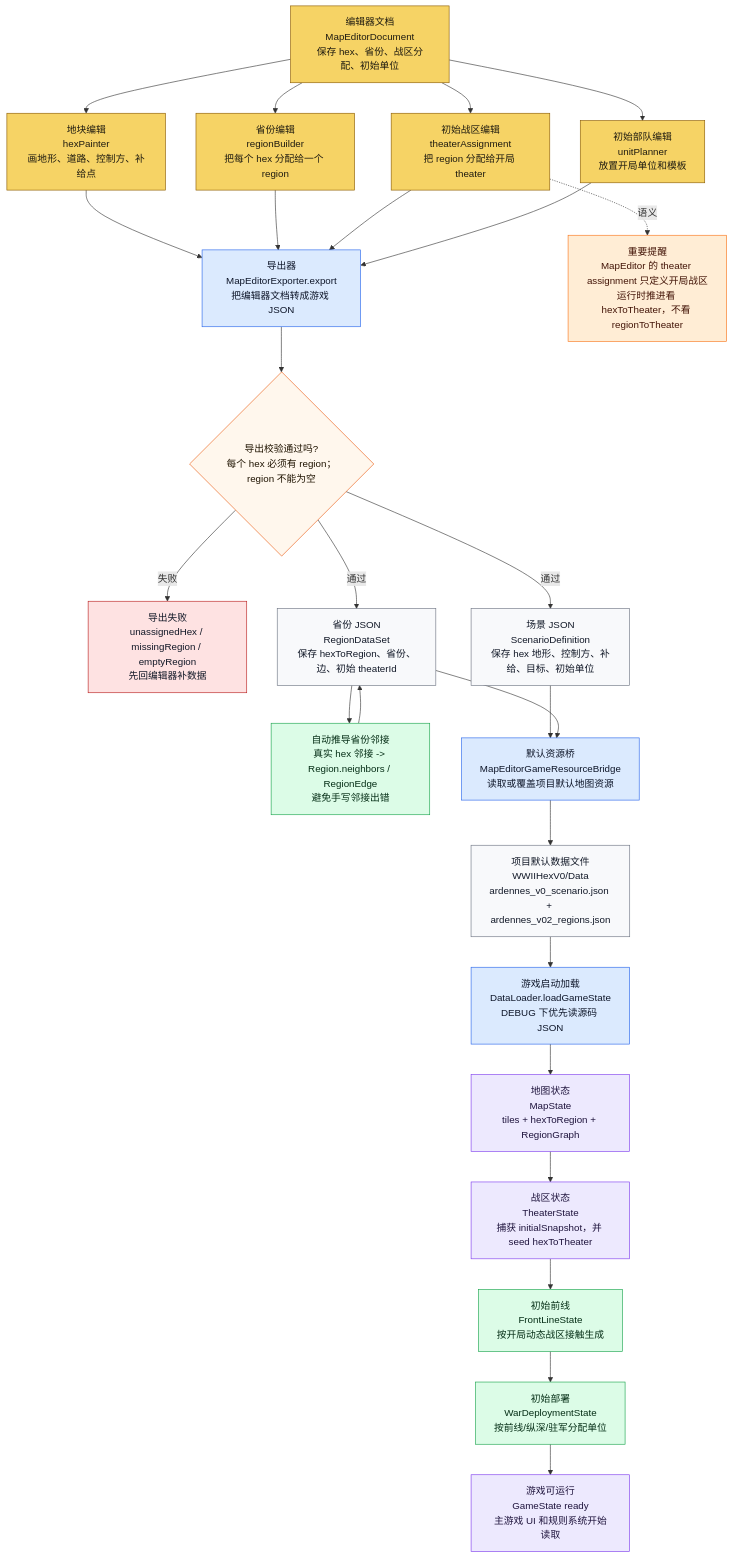
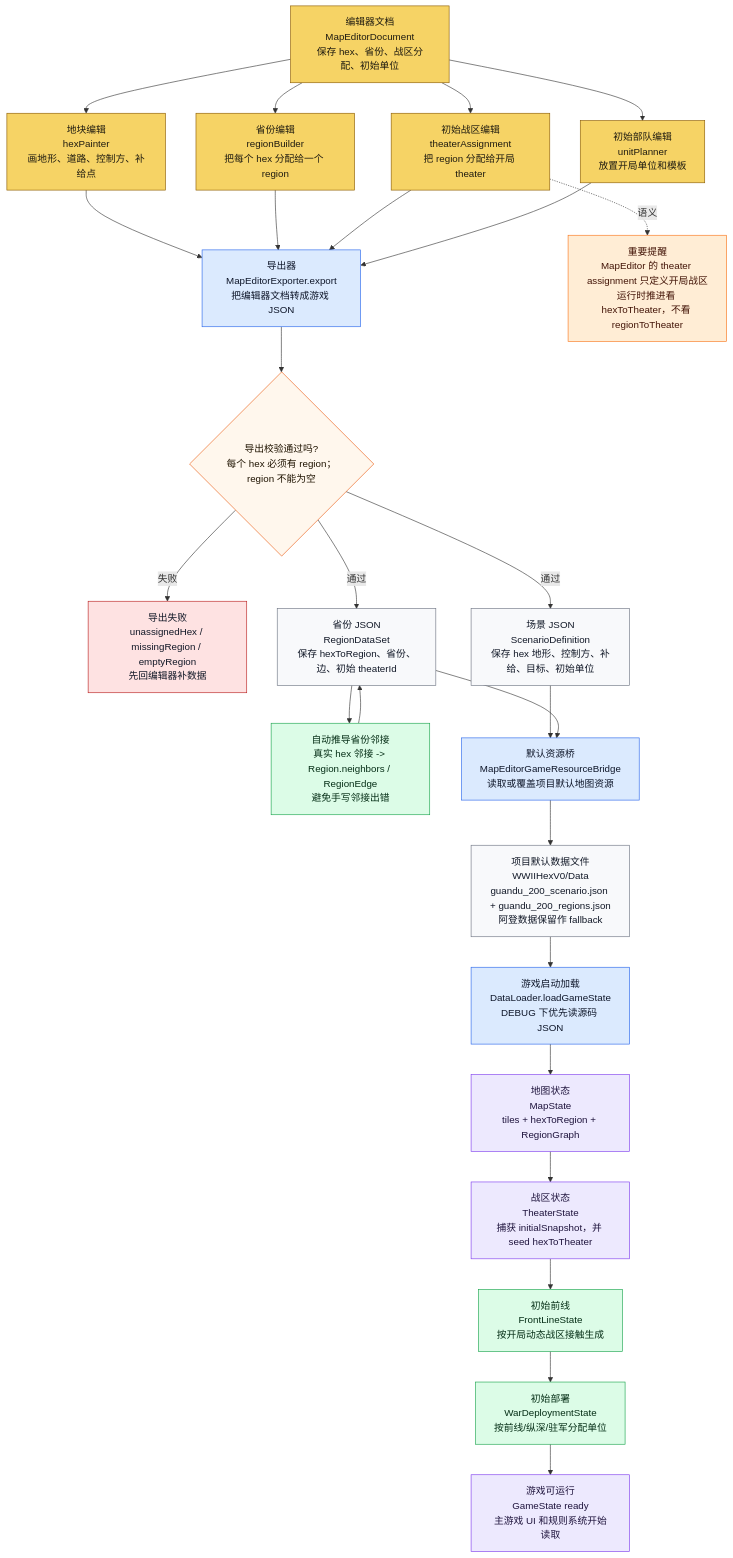
The fifth of 9 diagrams in md/flow/flowchart.md (Altman-sam114/121), drawn with Mermaid before and after one commit. The commit also changed other lines of this file and 11 other files, not shown here.

Commit message:
feat(data): add guandu preview scenario

````diff
--- a/md/flow/flowchart.md
+++ b/md/flow/flowchart.md
@@ -281,48 +282,48 @@
 ```mermaid
 flowchart TD
     DOC["编辑器文档<br/>MapEditorDocument<br/>保存 hex、省份、战区分配、初始单位"]:::editor
     MODE1["地块编辑<br/>hexPainter<br/>画地形、道路、控制方、补给点"]:::editor
     MODE2["省份编辑<br/>regionBuilder<br/>把每个 hex 分配给一个 region"]:::editor
     MODE3["初始战区编辑<br/>theaterAssignment<br/>把 region 分配给开局 theater"]:::editor
     MODE4["初始部队编辑<br/>unitPlanner<br/>放置开局单位和模板"]:::editor
     EXPORT["导出器<br/>MapEditorExporter.export<br/>把编辑器文档转成游戏 JSON"]:::loader
     CHECK{"导出校验通过吗?<br/>每个 hex 必须有 region；region 不能为空"}:::decision
     ERR["导出失败<br/>unassignedHex / missingRegion / emptyRegion<br/>先回编辑器补数据"]:::stop
     SCEN["场景 JSON<br/>ScenarioDefinition<br/>保存 hex 地形、控制方、补给、目标、初始单位"]:::data
     REG["省份 JSON<br/>RegionDataSet<br/>保存 hexToRegion、省份、边、初始 theaterId"]:::data
     NEI["自动推导省份邻接<br/>真实 hex 邻接 -> Region.neighbors / RegionEdge<br/>避免手写邻接出错"]:::derived
     BRIDGE["默认资源桥<br/>MapEditorGameResourceBridge<br/>读取或覆盖项目默认地图资源"]:::loader
-    FILES["项目默认数据文件<br/>WWIIHexV0/Data<br/>ardennes_v0_scenario.json + ardennes_v02_regions.json"]:::data
+    FILES["项目默认数据文件<br/>WWIIHexV0/Data<br/>guandu_200_scenario.json + guandu_200_regions.json<br/>阿登数据保留作 fallback"]:::data
     LOAD["游戏启动加载<br/>DataLoader.loadGameState<br/>DEBUG 下优先读源码 JSON"]:::loader
     MAP["地图状态<br/>MapState<br/>tiles + hexToRegion + RegionGraph"]:::state
     THEATER["战区状态<br/>TheaterState<br/>捕获 initialSnapshot，并 seed hexToTheater"]:::state
     FRONT["初始前线<br/>FrontLineState<br/>按开局动态战区接触生成"]:::derived
     DEPLOY["初始部署<br/>WarDeploymentState<br/>按前线/纵深/驻军分配单位"]:::derived
     GAME["游戏可运行<br/>GameState ready<br/>主游戏 UI 和规则系统开始读取"]:::state
 
     DOC --> MODE1 --> EXPORT
     DOC --> MODE2 --> EXPORT
     DOC --> MODE3 --> EXPORT
     DOC --> MODE4 --> EXPORT
     EXPORT --> CHECK
     CHECK -->|失败| ERR
     CHECK -->|通过| SCEN
     CHECK -->|通过| REG
     REG --> NEI --> REG
     SCEN --> BRIDGE
     REG --> BRIDGE
     BRIDGE --> FILES
     FILES --> LOAD --> MAP --> THEATER --> FRONT --> DEPLOY --> GAME
 
     NOTE["重要提醒<br/>MapEditor 的 theater assignment 只定义开局战区<br/>运行时推进看 hexToTheater，不看 regionToTheater"]:::warn
     MODE3 -.语义.-> NOTE
 
     classDef editor fill:#f6d365,stroke:#8a5a00,color:#1f1b10
     classDef loader fill:#dbeafe,stroke:#2563eb,color:#0f172a
     classDef decision fill:#fff7ed,stroke:#ea580c,color:#1f1300
     classDef stop fill:#fee2e2,stroke:#b91c1c,color:#111827
     classDef data fill:#f8f9fb,stroke:#6b7280,color:#111827
     classDef derived fill:#dcfce7,stroke:#16a34a,color:#052e16
     classDef state fill:#ede9fe,stroke:#7c3aed,color:#1f143d
     classDef warn fill:#ffedd5,stroke:#f97316,color:#431407
 ```
````
